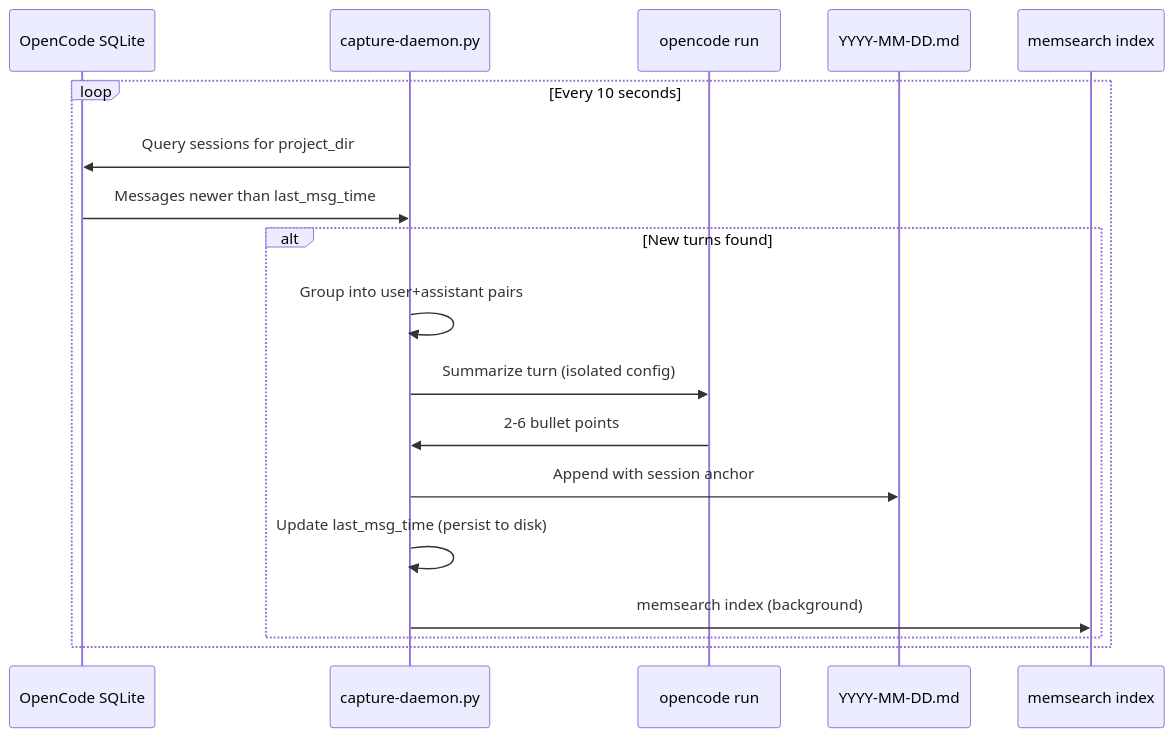
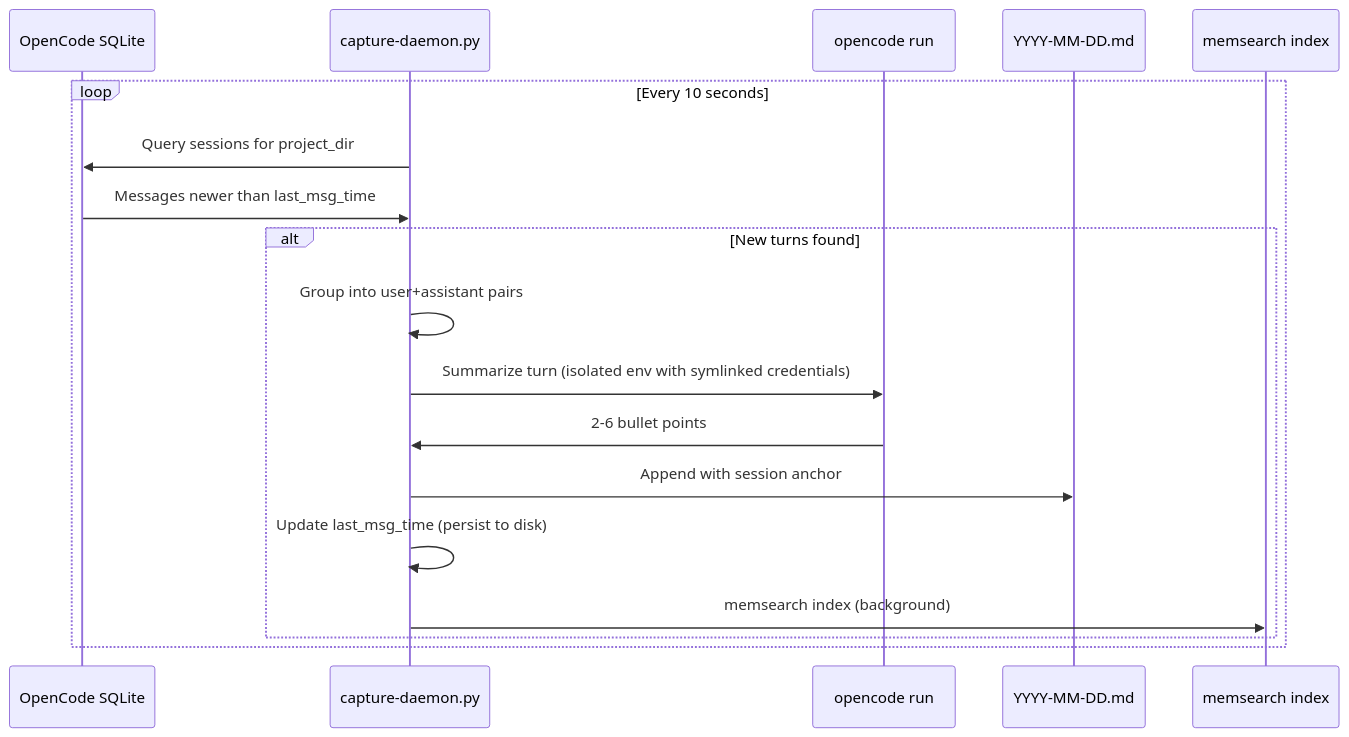
The second of 2 diagrams in docs/platforms/opencode/how-it-works.md (zilliztech/memsearch), drawn with Mermaid before and after one commit. The commit also changed other lines of this file and 1 other file, not shown here.

Commit message:
fix(opencode): use symlinks for credentials in isolated summarization env

````diff
--- a/docs/platforms/opencode/how-it-works.md
+++ b/docs/platforms/opencode/how-it-works.md
@@ -60,21 +60,21 @@
 ```mermaid
 sequenceDiagram
     participant DB as OpenCode SQLite
     participant Daemon as capture-daemon.py
     participant LLM as opencode run
     participant File as YYYY-MM-DD.md
     participant Index as memsearch index
 
     loop Every 10 seconds
         Daemon->>DB: Query sessions for project_dir
         DB->>Daemon: Messages newer than last_msg_time
         alt New turns found
             Daemon->>Daemon: Group into user+assistant pairs
-            Daemon->>LLM: Summarize turn (isolated config)
+            Daemon->>LLM: Summarize turn (isolated env with symlinked credentials)
             LLM->>Daemon: 2-6 bullet points
             Daemon->>File: Append with session anchor
             Daemon->>Daemon: Update last_msg_time (persist to disk)
             Daemon->>Index: memsearch index (background)
         end
     end
 ```
````
